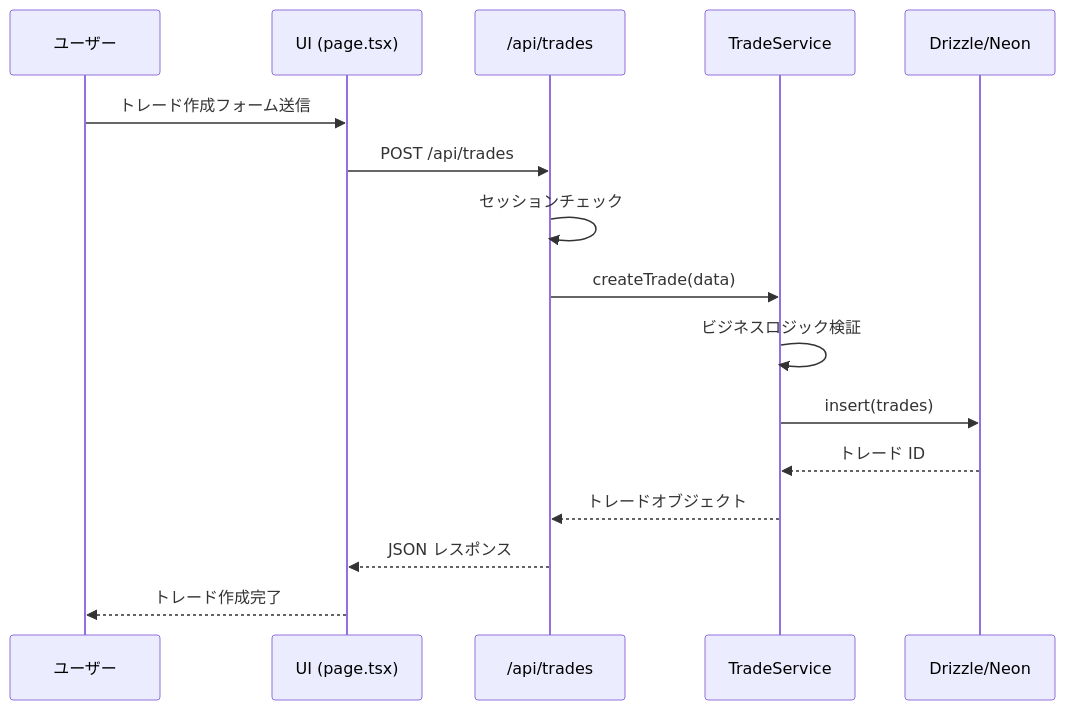
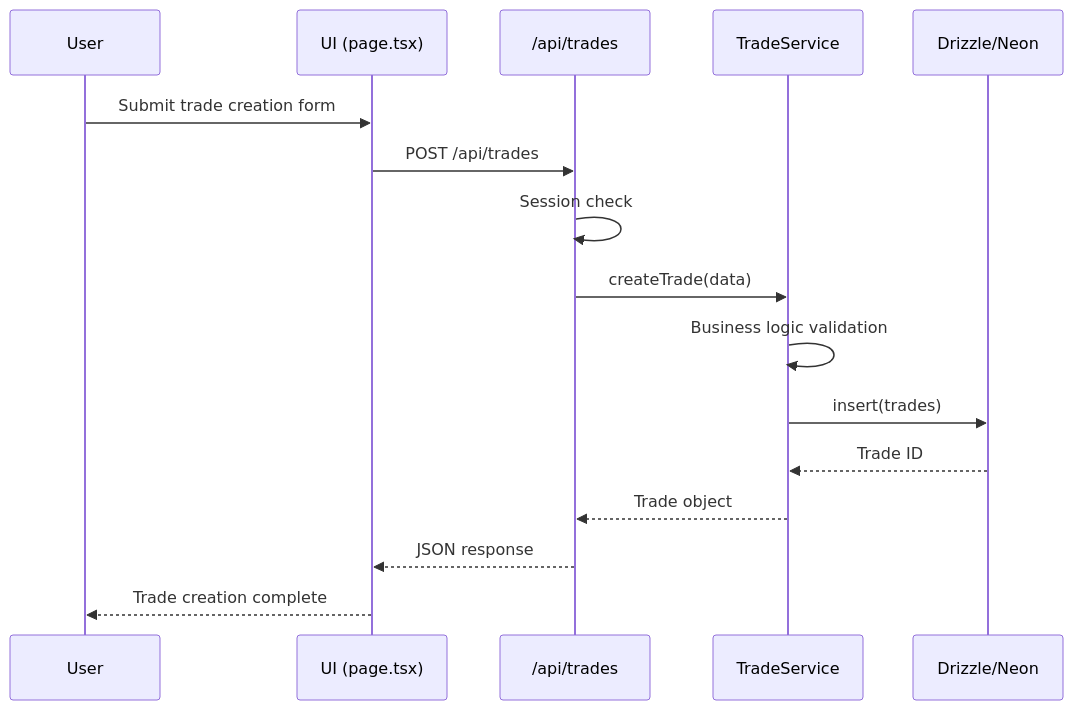
The third of 4 diagrams in docs/architecture.md (tqer39/xtrade), drawn with Mermaid before and after one commit. The commit also changed other lines of this file and 6 other files, not shown here.

````diff
--- a/docs/architecture.md
+++ b/docs/architecture.md
@@ -308,19 +310,19 @@
 ```mermaid
 sequenceDiagram
-    participant User as ユーザー
+    participant User as User
     participant UI as UI (page.tsx)
     participant API as /api/trades
     participant Service as TradeService
     participant DB as Drizzle/Neon
 
-    User->>UI: トレード作成フォーム送信
+    User->>UI: Submit trade creation form
     UI->>API: POST /api/trades
-    API->>API: セッションチェック
+    API->>API: Session check
     API->>Service: createTrade(data)
-    Service->>Service: ビジネスロジック検証
+    Service->>Service: Business logic validation
     Service->>DB: insert(trades)
-    DB-->>Service: トレード ID
-    Service-->>API: トレードオブジェクト
-    API-->>UI: JSON レスポンス
-    UI-->>User: トレード作成完了
+    DB-->>Service: Trade ID
+    Service-->>API: Trade object
+    API-->>UI: JSON response
+    UI-->>User: Trade creation complete
 ```
````
